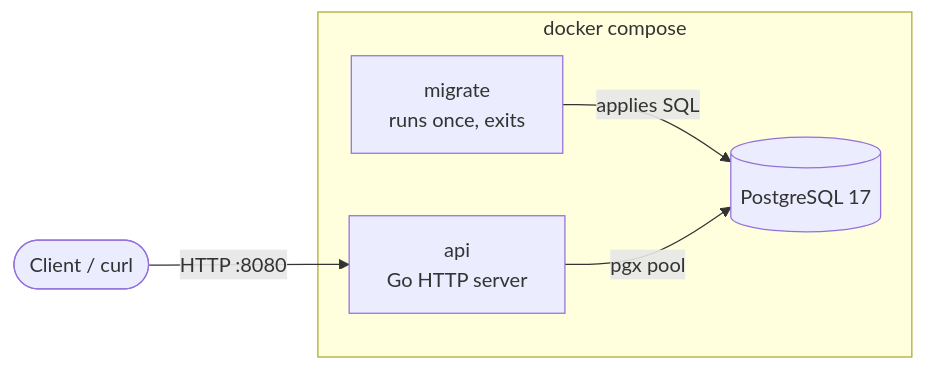
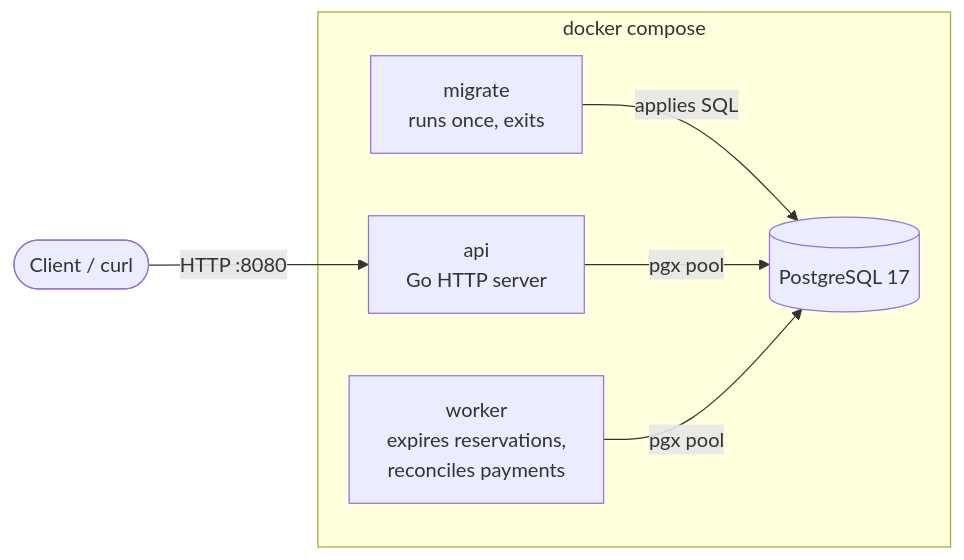
One commit to BasavarajBankolli/inventory-order-engine changed the first of 4 diagrams in README.md. Above: the diagram before and after it, drawn with Mermaid. The commit also changed other lines of this file and 24 other files, not shown here.

````diff
--- a/README.md
+++ b/README.md
@@ -16,8 +16,9 @@
 ```mermaid
 flowchart LR
     client([Client / curl]) -->|HTTP :8080| api
     subgraph docker compose
         migrate[migrate<br/>runs once, exits] -->|applies SQL| pg[(PostgreSQL 17)]
         api[api<br/>Go HTTP server] -->|pgx pool| pg
+        worker[worker<br/>expires reservations,<br/>reconciles payments] -->|pgx pool| pg
     end
 ```
````
